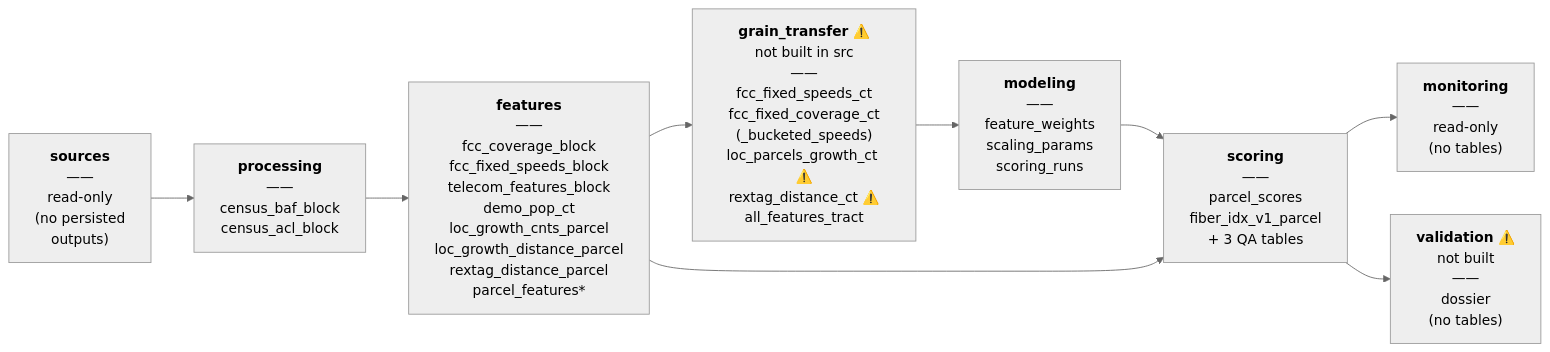
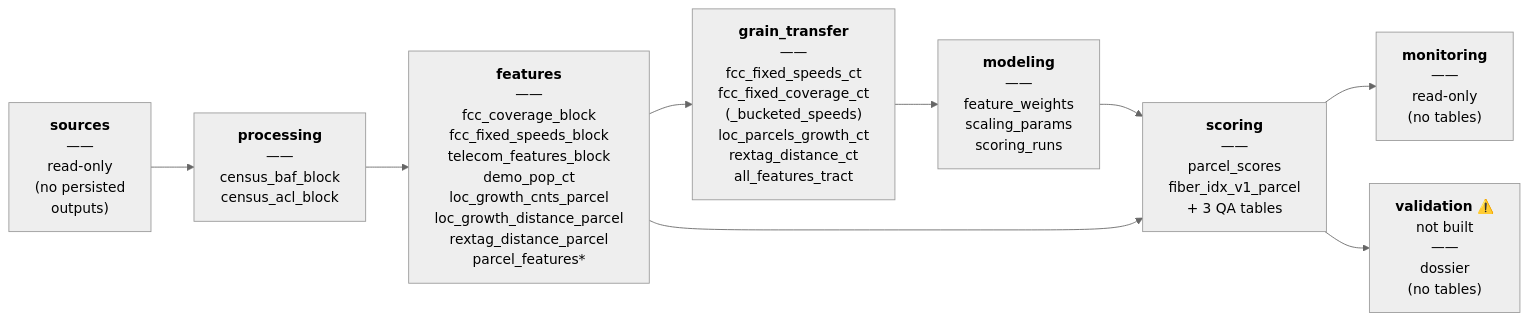
The diagram in docs/repo_structure_detailed.md (eprashar-clgx/network-idx), drawn with Mermaid (neutral theme) before and after one commit. The commit also changed other lines of this file, not shown here.

First line of the commit message:
Update repo_structure_detailed: grain_transfer CT gap closed

````diff
--- a/docs/repo_structure_detailed.md
+++ b/docs/repo_structure_detailed.md
@@ -27,15 +27,15 @@
 ```mermaid
 flowchart LR
   SRC["<b>sources</b><br/>——<br/>read-only<br/>(no persisted<br/>outputs)"]
   PROC["<b>processing</b><br/>——<br/>census_baf_block<br/>census_acl_block"]
   FEAT["<b>features</b><br/>——<br/>fcc_coverage_block<br/>fcc_fixed_speeds_block<br/>telecom_features_block<br/>demo_pop_ct<br/>loc_growth_cnts_parcel<br/>loc_growth_distance_parcel<br/>rextag_distance_parcel<br/>parcel_features*"]
-  GT["<b>grain_transfer</b> ⚠️<br/>not built in src<br/>——<br/>fcc_fixed_speeds_ct<br/>fcc_fixed_coverage_ct<br/>(_bucketed_speeds)<br/>loc_parcels_growth_ct ⚠️<br/>rextag_distance_ct ⚠️<br/>all_features_tract"]
+  GT["<b>grain_transfer</b><br/>——<br/>fcc_fixed_speeds_ct<br/>fcc_fixed_coverage_ct<br/>(_bucketed_speeds)<br/>loc_parcels_growth_ct<br/>rextag_distance_ct<br/>all_features_tract"]
   MODEL["<b>modeling</b><br/>——<br/>feature_weights<br/>scaling_params<br/>scoring_runs"]
   SCORE["<b>scoring</b><br/>——<br/>parcel_scores<br/>fiber_idx_v1_parcel<br/>+ 3 QA tables"]
   MON["<b>monitoring</b><br/>——<br/>read-only<br/>(no tables)"]
   VAL["<b>validation</b> ⚠️<br/>not built<br/>——<br/>dossier<br/>(no tables)"]
 
   SRC --> PROC --> FEAT --> GT --> MODEL --> SCORE --> MON
   FEAT --> SCORE
   SCORE --> VAL
 ```
````
